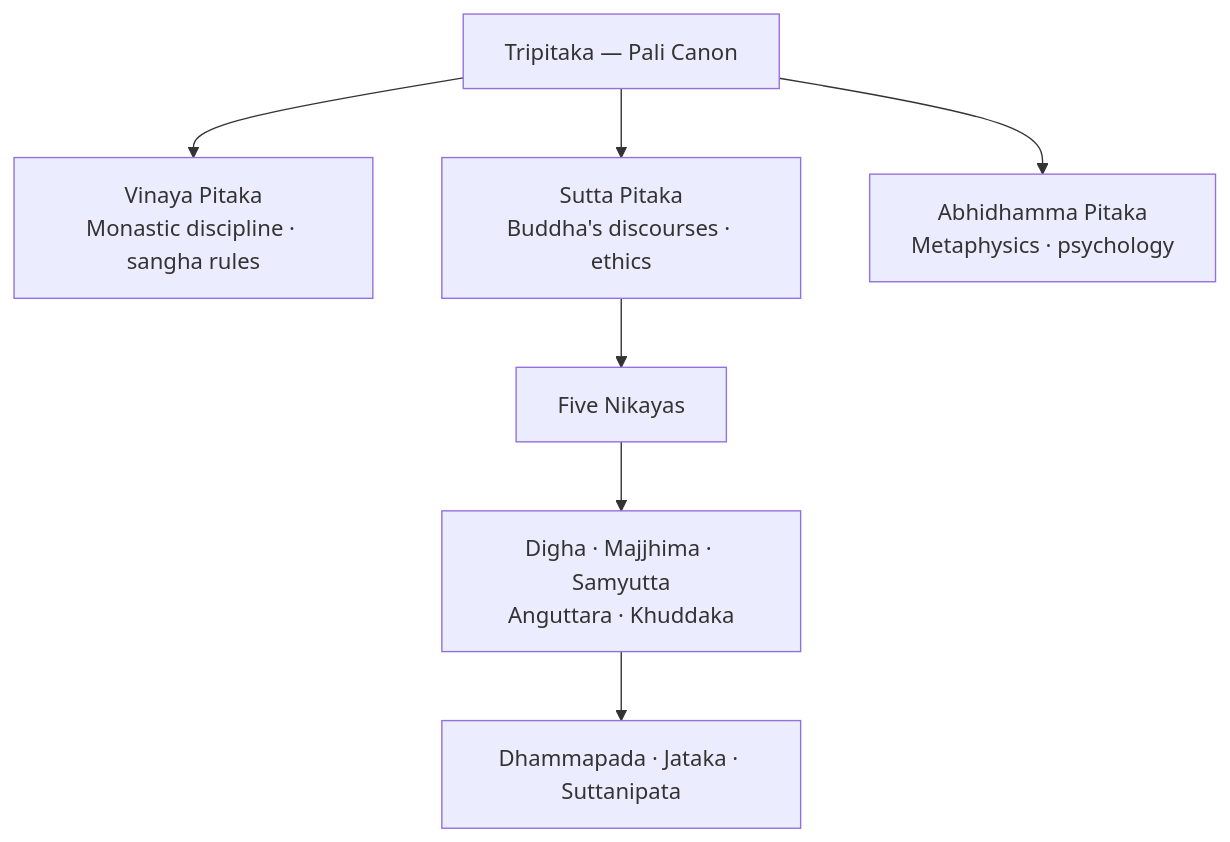
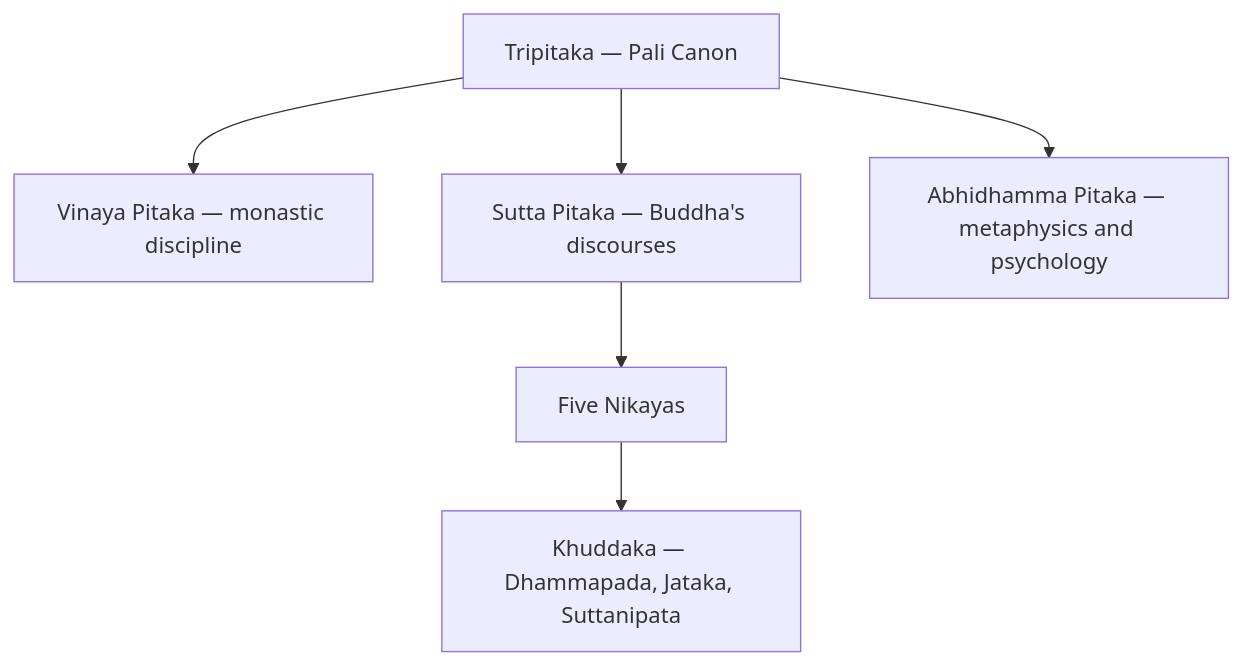
One commit to nitishpratap/UP-PCS changed the first of 2 diagrams in mains-pyqs/GS-1/01_Art_Culture/12_Buddhist_Literature.md. Above: the diagram before and after it, drawn with Mermaid. The commit also changed other lines of this file and 97 other files, not shown here.

````diff
--- a/mains-pyqs/GS-1/01_Art_Culture/12_Buddhist_Literature.md
+++ b/mains-pyqs/GS-1/01_Art_Culture/12_Buddhist_Literature.md
@@ -64,10 +83,9 @@
 ```mermaid
 flowchart TB
   T[Tripitaka — Pali Canon]
-  T --> V[Vinaya Pitaka<br/>Monastic discipline · sangha rules]
-  T --> S[Sutta Pitaka<br/>Buddha's discourses · ethics]
-  T --> A[Abhidhamma Pitaka<br/>Metaphysics · psychology]
+  T --> V[Vinaya Pitaka — monastic discipline]
+  T --> S[Sutta Pitaka — Buddha's discourses]
+  T --> A[Abhidhamma Pitaka — metaphysics and psychology]
   S --> N[Five Nikayas]
-  N --> D[Digha · Majjhima · Samyutta<br/>Anguttara · Khuddaka]
-  D --> K[Dhammapada · Jataka · Suttanipata]
+  N --> K[Khuddaka — Dhammapada, Jataka, Suttanipata]
 ```
````
